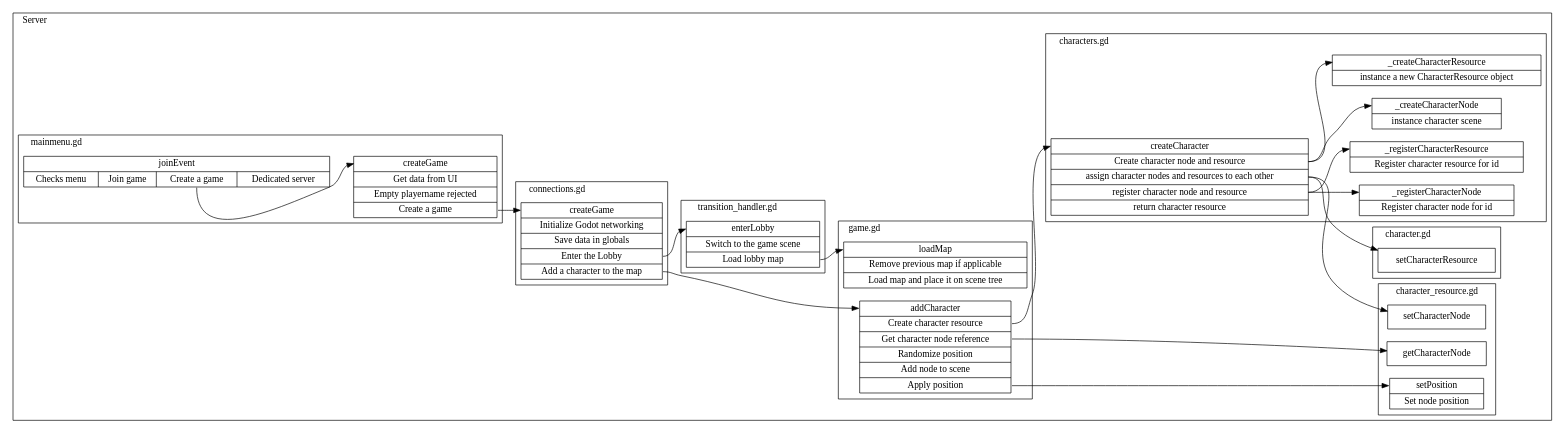
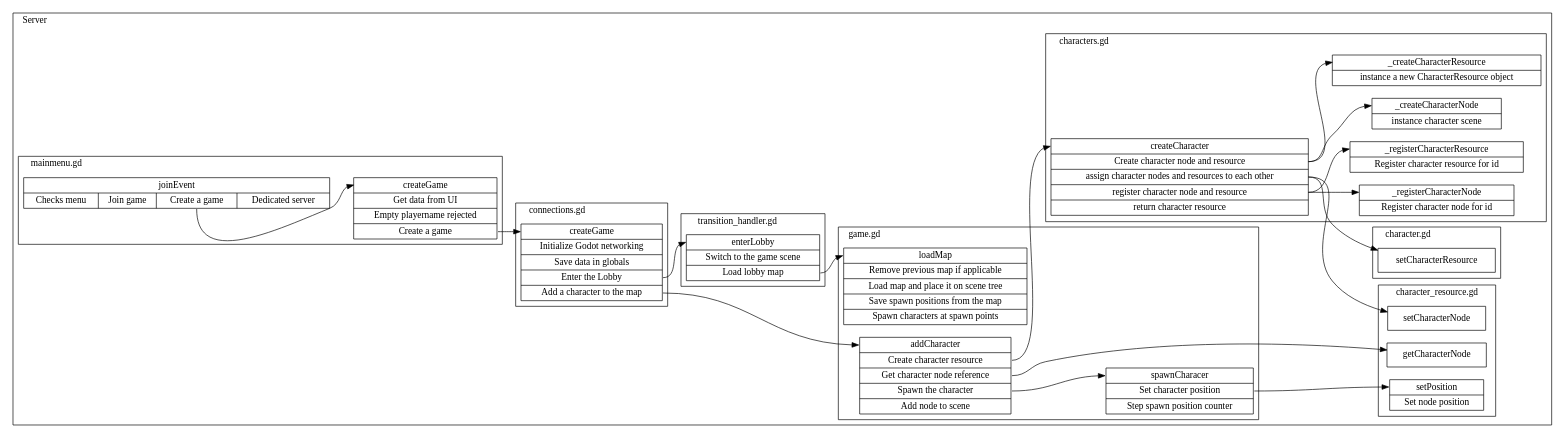
Before and after one commit to opensuspect/opensuspect: the diagram in misc/controlflow/create and join/create.dot, drawn with Graphviz. The commit also changed 8 other files, not shown here.

Commit message:
create and join control flow graphs updated to follow changes

```diff
--- a/misc/controlflow/create and join/create.dot
+++ b/misc/controlflow/create and join/create.dot
@@ -1,111 +1,116 @@
 digraph controlflow {
     rankdir="LR";
     subgraph cluster_client1 {
         label="Client 1"; labeljust="l";
 
     }
     subgraph cluster_server {
         label="Server"; labeljust="l";
         subgraph cluster_server_character_resource {
             label="character_resource.gd"; labeljust="l";
             server_character_resource_getCharacterNode [
                 label="<begin>getCharacterNode"
                 shape="record"
             ]
             server_character_resource_setCharacterNode [
                 label="<begin>setCharacterNode"
                 shape="record"
             ]
             server_character_resource_setPosition [
                 label="<begin>setPosition | <f0> Set node position "
                 shape="record"
             ]
         }
         subgraph cluster_server_game {
             label="game.gd"; labeljust="l";
             server_game_loadMap [
-                label="<begin>loadMap | {<f0> Remove previous map if applicable } | <f1> Load map and place it on scene tree "
+                label="<begin>loadMap | {<f0> Remove previous map if applicable } | <f1> Load map and place it on scene tree  | <f2> Save spawn positions from the map  | <f3> Spawn characters at spawn points "
                 shape="record"
             ]
             server_game_addCharacter [
-                label="<begin>addCharacter | <f0> Create character resource  | <f1> Get character node reference  | <f2> Randomize position  | <f3> Add node to scene  | <f4> Apply position "
+                label="<begin>addCharacter | <f0> Create character resource  | <f1> Get character node reference  | <f2> Spawn the character  | <f3> Add node to scene "
+                shape="record"
+            ]
+            server_game_spawnCharacer [
+                label="<begin>spawnCharacer | <f0> Set character position  | <f1> Step spawn position counter "
                 shape="record"
             ]
         }
         subgraph cluster_server_character {
             label="character.gd"; labeljust="l";
             server_character_setCharacterResource [
                 label="<begin>setCharacterResource"
                 shape="record"
             ]
         }
         subgraph cluster_server_transition_handler {
             label="transition_handler.gd"; labeljust="l";
             server_transition_handler_enterLobby [
                 label="<begin>enterLobby | <f0> Switch to the game scene  | <f1> Load lobby map "
                 shape="record"
             ]
         }
         subgraph cluster_server_connections {
             label="connections.gd"; labeljust="l";
             server_connections_createGame [
                 label="<begin>createGame | <f0> Initialize Godot networking  | <f1> Save data in globals  | <f2> Enter the Lobby  | <f3> Add a character to the map "
                 shape="record"
             ]
         }
         subgraph cluster_server_characters {
             label="characters.gd"; labeljust="l";
             server_characters_createCharacter [
                 label="<begin>createCharacter | <f0> Create character node and resource  | <f1> assign character nodes and resources to each other  | <f2> register character node and resource  | <f3> return character resource "
                 shape="record"
             ]
             server_characters__createCharacterNode [
                 label="<begin>_createCharacterNode | <f0> instance character scene "
                 shape="record"
             ]
             server_characters__createCharacterResource [
                 label="<begin>_createCharacterResource | <f0> instance a new CharacterResource object "
                 shape="record"
             ]
             server_characters__registerCharacterNode [
                 label="<begin>_registerCharacterNode | <f0> Register character node for id "
                 shape="record"
             ]
             server_characters__registerCharacterResource [
                 label="<begin>_registerCharacterResource | <f0> Register character resource for id "
                 shape="record"
             ]
         }
         subgraph cluster_server_mainmenu {
             label="mainmenu.gd"; labeljust="l";
             server_mainmenu_createGame [
                 label="<begin>createGame | <f0> Get data from UI  | {<f1> Empty playername rejected } | <f2> Create a game "
                 shape="record"
             ]
             server_mainmenu_joinEvent [
                 label="<begin>joinEvent | {<f0> Checks menu  | <f1> Join game  | <f2> Create a game  | <f3> Dedicated server }"
                 shape="record"
             ]
         }
 
     }
     subgraph cluster_client2 {
         label="Client 2"; labeljust="l";
 
     }
 
     server_mainmenu_joinEvent:f2 -> server_mainmenu_createGame:begin;
     server_mainmenu_createGame:f2 -> server_connections_createGame:begin;
     server_connections_createGame:f2 -> server_transition_handler_enterLobby:begin;
     server_transition_handler_enterLobby:f1 -> server_game_loadMap:begin;
+    server_game_spawnCharacer:f0 -> server_character_resource_setPosition:begin;
     server_connections_createGame:f3 -> server_game_addCharacter:begin;
     server_game_addCharacter:f0 -> server_characters_createCharacter:begin;
-    server_game_addCharacter:f1 -> server_character_resource_getCharacterNode:begin;
-    server_game_addCharacter:f4 -> server_character_resource_setPosition:begin;
     server_characters_createCharacter:f0 -> server_characters__createCharacterNode:begin;
     server_characters_createCharacter:f0 -> server_characters__createCharacterResource:begin;
     server_characters_createCharacter:f1 -> server_character_setCharacterResource:begin;
     server_characters_createCharacter:f1 -> server_character_resource_setCharacterNode:begin;
     server_characters_createCharacter:f2 -> server_characters__registerCharacterNode:begin;
     server_characters_createCharacter:f2 -> server_characters__registerCharacterResource:begin;
+    server_game_addCharacter:f1 -> server_character_resource_getCharacterNode:begin;
+    server_game_addCharacter:f2 -> server_game_spawnCharacer:begin;
 }
```
